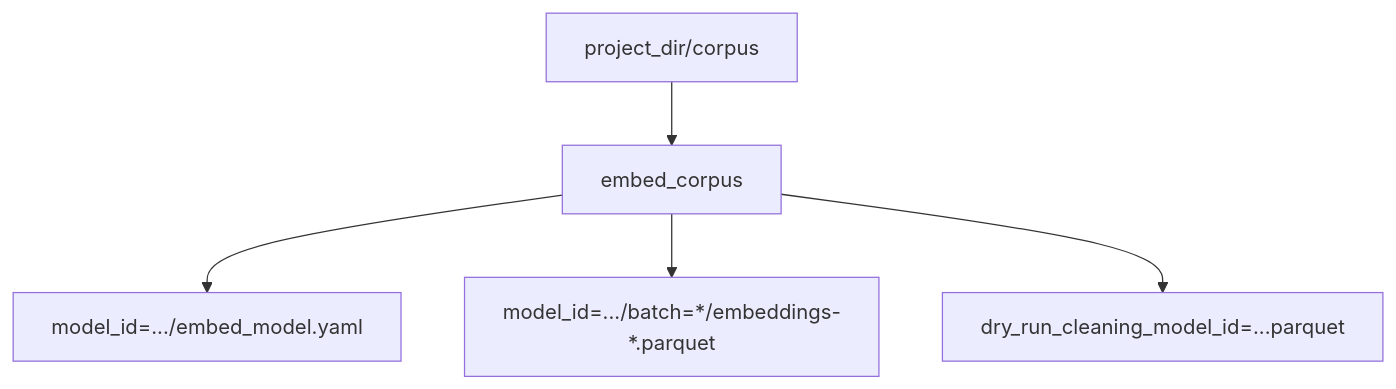
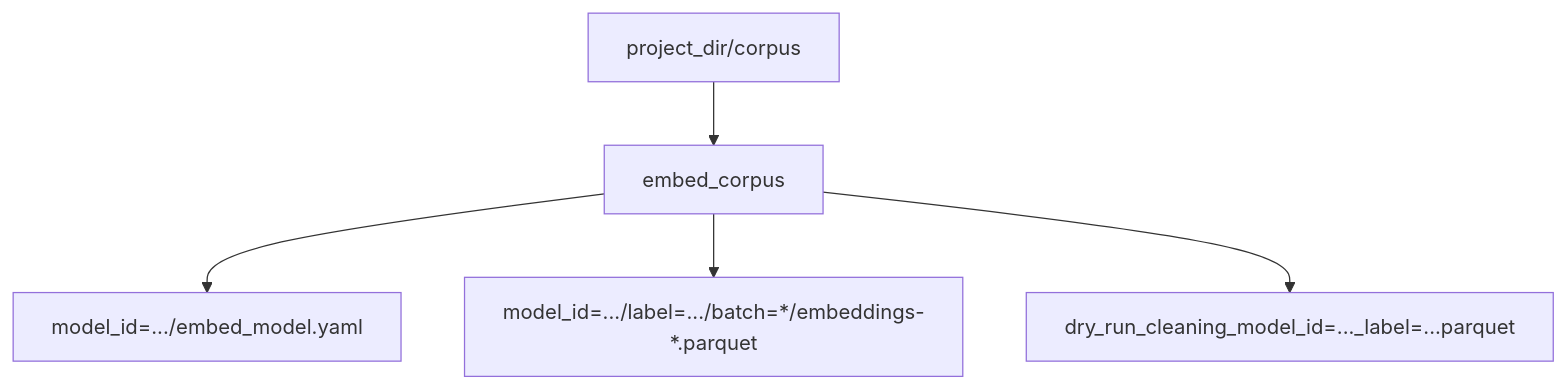
The fourth of 5 diagrams in vignettes/package-overview.qmd (openalexPro/openalexVectorComp), drawn with Mermaid before and after one commit. The commit also changed other lines of this file and 27 other files, not shown here.

````diff
--- a/vignettes/package-overview.qmd
+++ b/vignettes/package-overview.qmd
@@ -177,7 +177,7 @@
 ```{mermaid}
 flowchart TB
   A[project_dir/corpus] --> B[embed_corpus]
   B --> C[model_id=.../embed_model.yaml]
-  B --> D[model_id=.../batch=*/embeddings-*.parquet]
-  B --> E[dry_run_cleaning_model_id=...parquet]
+  B --> D[model_id=.../label=.../batch=*/embeddings-*.parquet]
+  B --> E[dry_run_cleaning_model_id=..._label=...parquet]
 ```
````
